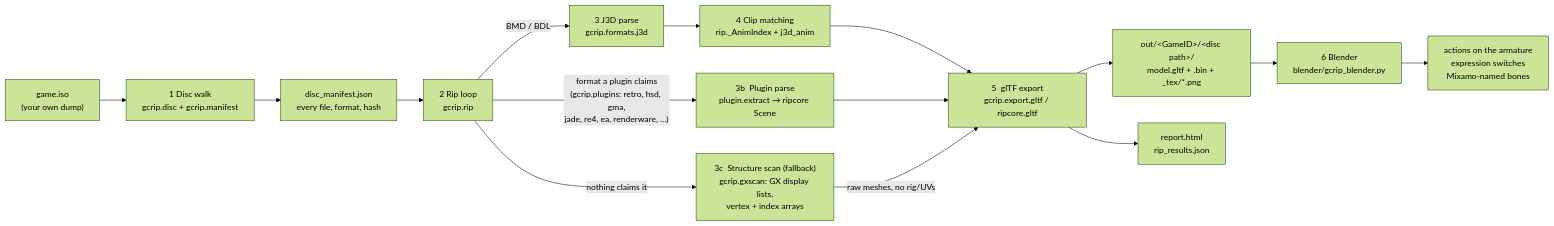
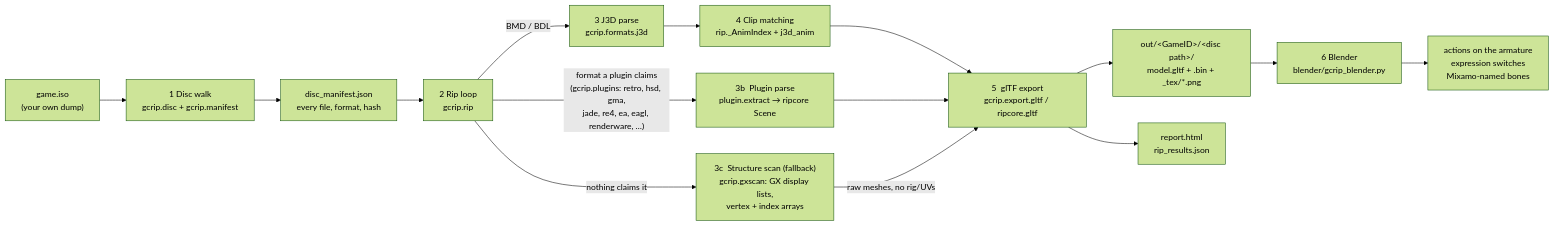
Before and after one commit to Felbs/3d-ripper-9000: the first of 8 diagrams in docs/PIPELINE.md, drawn with Mermaid (forest theme). The commit also changed other lines of this file and 3 other files, not shown here.

First line of the commit message:
gcrip eagl: full rig + skin weights - __Skeleton records (parent/TRS/inverse bind), per-slot weight rows with the bone index in the low mantissa byte -> JOINTS_0/WEIGHTS_0; variations are kit toggles, not LODs

````diff
--- a/docs/PIPELINE.md
+++ b/docs/PIPELINE.md
@@ -11,17 +11,17 @@
 ```mermaid
 flowchart LR
     ISO["game.iso<br/>(your own dump)"] --> WALK["1  Disc walk<br/>gcrip.disc + gcrip.manifest"]
     WALK --> MAN["disc_manifest.json<br/>every file, format, hash"]
     MAN --> RIP["2  Rip loop<br/>gcrip.rip"]
     RIP -->|"BMD / BDL"| J3D["3  J3D parse<br/>gcrip.formats.j3d"]
-    RIP -->|"format a plugin claims<br/>(gcrip.plugins: retro, hsd, gma,<br/>jade, re4, ea, renderware, …)"| PLUG["3b  Plugin parse<br/>plugin.extract → ripcore Scene"]
+    RIP -->|"format a plugin claims<br/>(gcrip.plugins: retro, hsd, gma,<br/>jade, re4, ea, eagl, renderware, …)"| PLUG["3b  Plugin parse<br/>plugin.extract → ripcore Scene"]
     RIP -->|"nothing claims it"| GX["3c  Structure scan (fallback)<br/>gcrip.gxscan: GX display lists,<br/>vertex + index arrays"]
     J3D --> ANIM["4  Clip matching<br/>rip._AnimIndex + j3d_anim"]
     ANIM --> GLTF["5  glTF export<br/>gcrip.export.gltf / ripcore.gltf"]
     PLUG --> GLTF
     GX -->|"raw meshes, no rig/UVs"| GLTF
     GLTF --> OUT["out/&lt;GameID&gt;/&lt;disc path&gt;/<br/>model.gltf + .bin + _tex/*.png"]
     GLTF --> REP["report.html<br/>rip_results.json"]
     OUT --> BL["6  Blender<br/>blender/gcrip_blender.py"]
     BL --> PLAY["actions on the armature<br/>expression switches<br/>Mixamo-named bones"]
 ```
````
